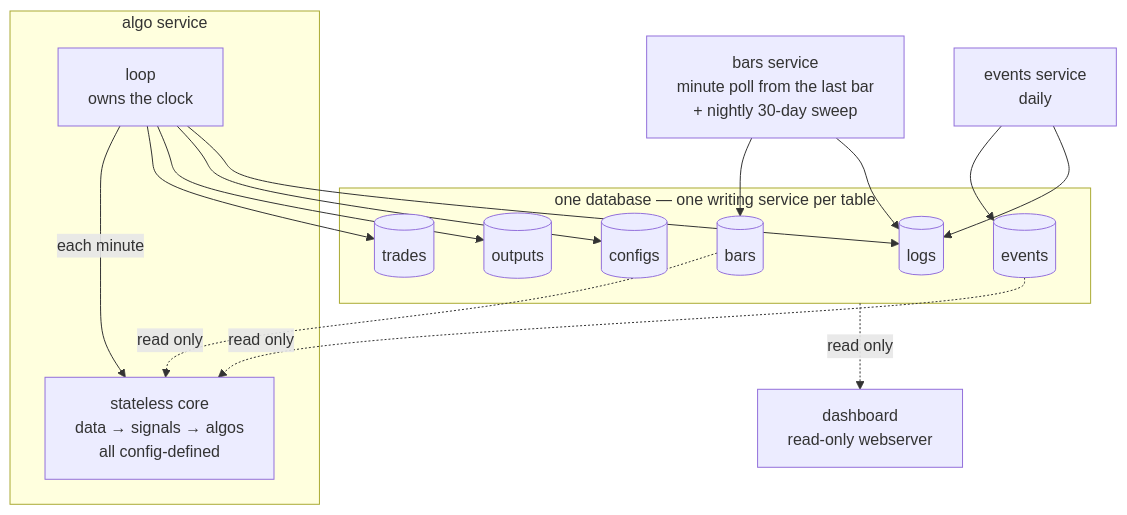
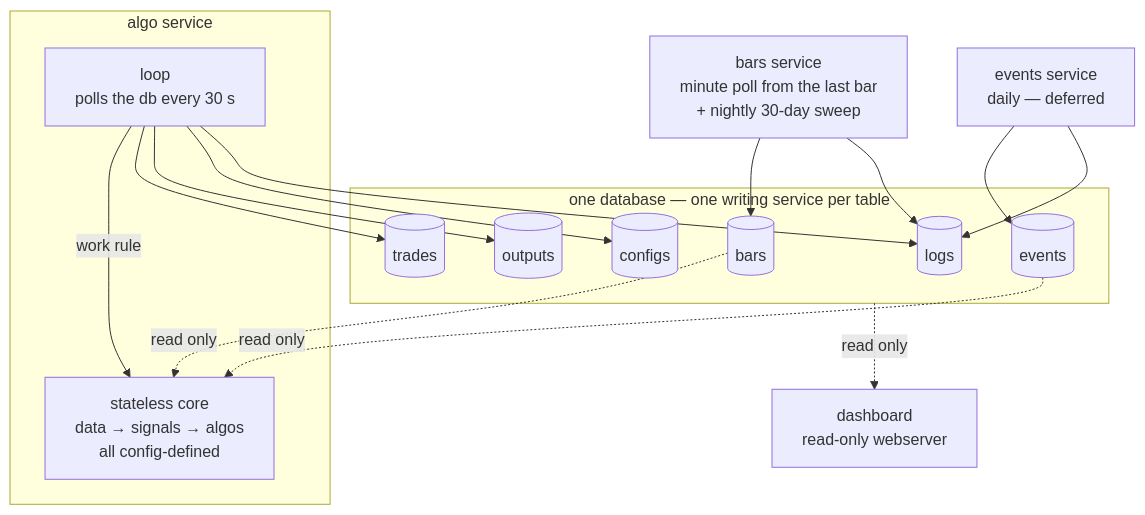
Before and after one commit to dongurihouse/trader: the diagram in design.md, drawn with Mermaid. The commit also changed other lines of this file and 3 other files, not shown here.

First line of the commit message:
Rework algo loop: independent algos, data-driven poll, bounded window

````diff
--- a/design.md
+++ b/design.md
@@ -264,29 +286,29 @@
 ```mermaid
 flowchart TB
     BARS[bars service<br/>minute poll from the last bar<br/>+ nightly 30-day sweep]
-    EVENTS[events service<br/>daily]
+    EVENTS[events service<br/>daily — deferred]
 
     BARS --> BT[(bars)]
     EVENTS --> ET[(events)]
 
     subgraph DB [one database — one writing service per table]
         BT
         ET
         TR[(trades)]
         OUT[(outputs)]
         CFG[(configs)]
         LG[(logs)]
     end
 
     subgraph ALGO [algo service]
-        LOOP[loop<br/>owns the clock] -- each minute --> CORE[stateless core<br/>data → signals → algos<br/>all config-defined]
+        LOOP[loop<br/>polls the db every 30 s] -- work rule --> CORE[stateless core<br/>data → signals → algos<br/>all config-defined]
     end
 
     BT -. read only .-> CORE
     ET -. read only .-> CORE
     LOOP --> TR
     LOOP --> OUT
     LOOP --> CFG
     BARS & EVENTS & LOOP --> LG
     DB -. read only .-> DASH[dashboard<br/>read-only webserver]
 ```
````
